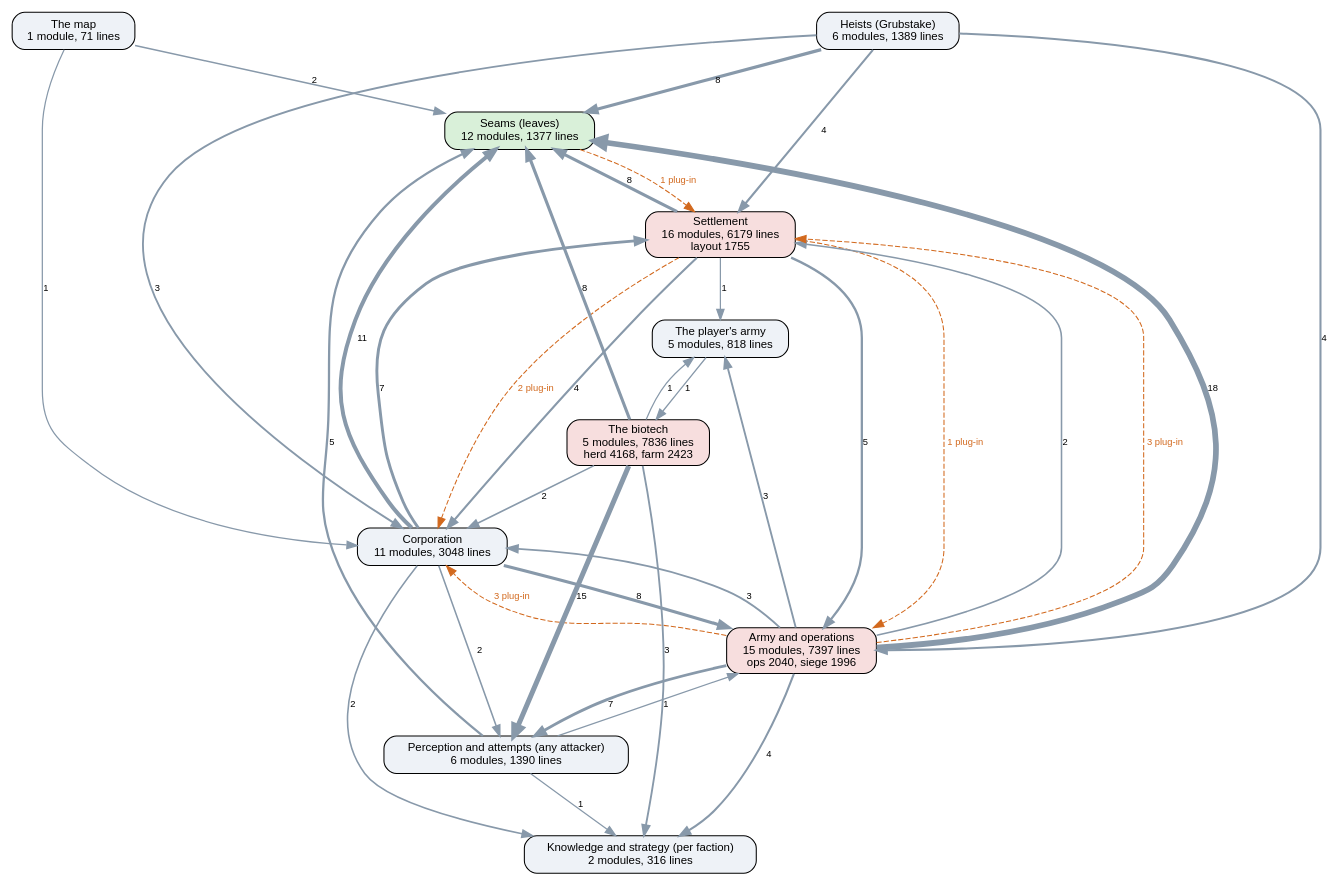
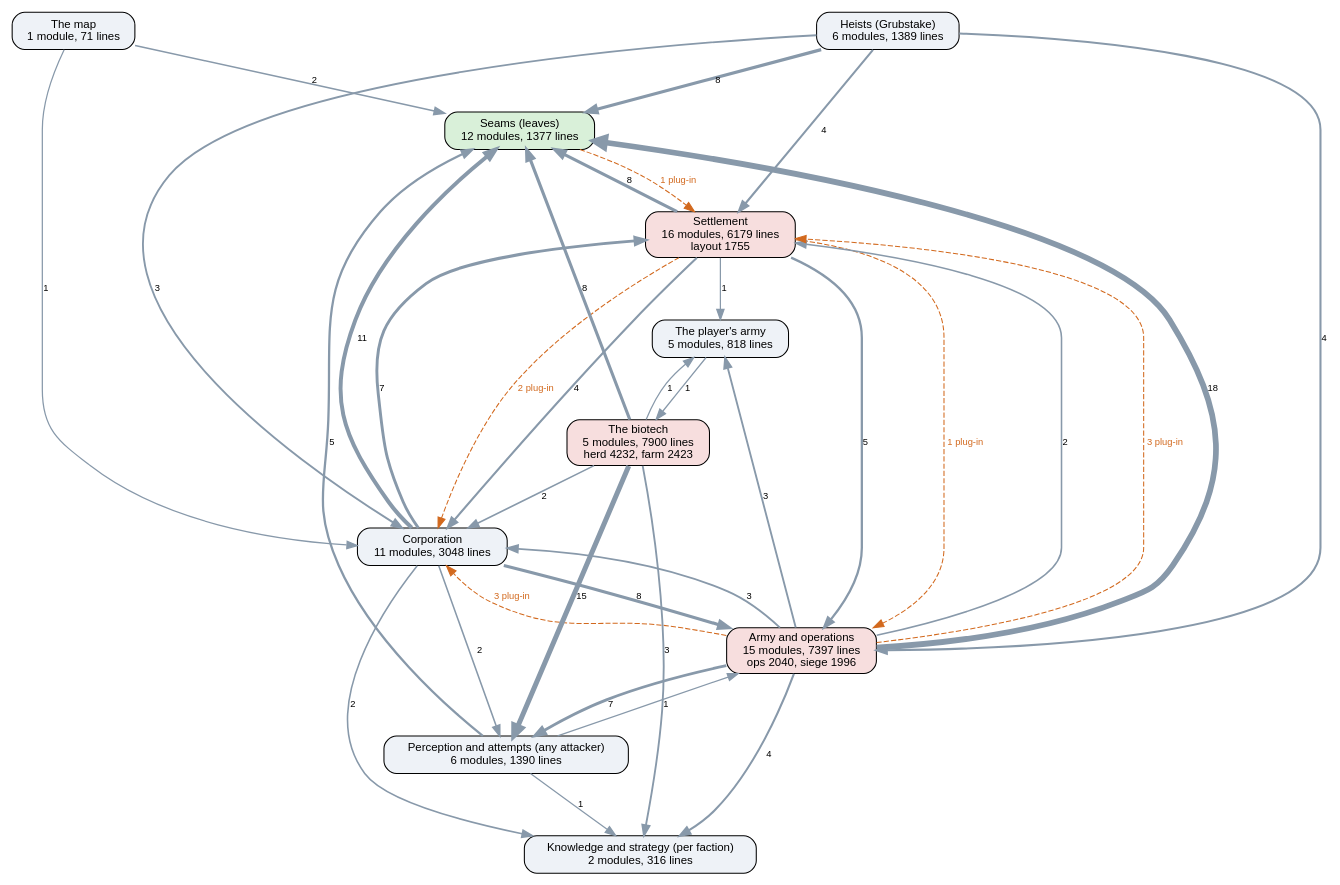
The diagram in docs/ai-layers.dot (kinelhu/landing-party), drawn with Graphviz before and after one commit. The commit also changed 11 other files, not shown here.

```diff
--- a/docs/ai-layers.dot
+++ b/docs/ai-layers.dot
@@ -1,50 +1,50 @@
 digraph layers {
   graph [rankdir=TB, fontname="Helvetica", nodesep=0.5, ranksep=0.7];
   node [shape=box, style="rounded,filled", fontname="Helvetica", fontsize=11, fillcolor="#eef2f7"];
   edge [color="#8899aa", fontname="Helvetica", fontsize=9];
   "Seams (leaves)" [label="Seams (leaves)\n12 modules, 1377 lines", fillcolor="#d9f0d9"];
   "Perception and attempts (any attacker)" [label="Perception and attempts (any attacker)\n6 modules, 1390 lines", fillcolor="#eef2f7"];
   "Knowledge and strategy (per faction)" [label="Knowledge and strategy (per faction)\n2 modules, 316 lines", fillcolor="#eef2f7"];
   "Corporation" [label="Corporation\n11 modules, 3048 lines", fillcolor="#eef2f7"];
   "Settlement" [label="Settlement\n16 modules, 6179 lines\nlayout 1755", fillcolor="#f7dede"];
   "Army and operations" [label="Army and operations\n15 modules, 7397 lines\nops 2040, siege 1996", fillcolor="#f7dede"];
   "Heists (Grubstake)" [label="Heists (Grubstake)\n6 modules, 1389 lines", fillcolor="#eef2f7"];
-  "The biotech" [label="The biotech\n5 modules, 7836 lines\nherd 4168, farm 2423", fillcolor="#f7dede"];
+  "The biotech" [label="The biotech\n5 modules, 7900 lines\nherd 4232, farm 2423", fillcolor="#f7dede"];
   "The map" [label="The map\n1 module, 71 lines", fillcolor="#eef2f7"];
   "The player's army" [label="The player's army\n5 modules, 818 lines", fillcolor="#eef2f7"];
   "Army and operations" -> "Corporation" [label="3", penwidth=1.8];
   "Army and operations" -> "Knowledge and strategy (per faction)" [label="4", penwidth=2.0];
   "Army and operations" -> "Perception and attempts (any attacker)" [label="7", penwidth=2.8];
   "Army and operations" -> "Seams (leaves)" [label="18", penwidth=5.5];
   "Army and operations" -> "Settlement" [label="2", penwidth=1.5];
   "Army and operations" -> "The player's army" [label="3", penwidth=1.8];
   "Corporation" -> "Army and operations" [label="8", penwidth=3.0];
   "Corporation" -> "Knowledge and strategy (per faction)" [label="2", penwidth=1.5];
   "Corporation" -> "Perception and attempts (any attacker)" [label="2", penwidth=1.5];
   "Corporation" -> "Seams (leaves)" [label="11", penwidth=3.8];
   "Corporation" -> "Settlement" [label="7", penwidth=2.8];
   "Heists (Grubstake)" -> "Army and operations" [label="4", penwidth=2.0];
   "Heists (Grubstake)" -> "Corporation" [label="3", penwidth=1.8];
   "Heists (Grubstake)" -> "Seams (leaves)" [label="8", penwidth=3.0];
   "Heists (Grubstake)" -> "Settlement" [label="4", penwidth=2.0];
   "Perception and attempts (any attacker)" -> "Army and operations" [label="1", penwidth=1.2];
   "Perception and attempts (any attacker)" -> "Knowledge and strategy (per faction)" [label="1", penwidth=1.2];
   "Perception and attempts (any attacker)" -> "Seams (leaves)" [label="5", penwidth=2.2];
   "Settlement" -> "Army and operations" [label="5", penwidth=2.2];
   "Settlement" -> "Corporation" [label="4", penwidth=2.0];
   "Settlement" -> "Seams (leaves)" [label="8", penwidth=3.0];
   "Settlement" -> "The player's army" [label="1", penwidth=1.2];
   "The biotech" -> "Corporation" [label="2", penwidth=1.5];
   "The biotech" -> "Knowledge and strategy (per faction)" [label="3", penwidth=1.8];
   "The biotech" -> "Perception and attempts (any attacker)" [label="15", penwidth=4.8];
   "The biotech" -> "Seams (leaves)" [label="8", penwidth=3.0];
   "The biotech" -> "The player's army" [label="1", penwidth=1.2];
   "The map" -> "Corporation" [label="1", penwidth=1.2];
   "The map" -> "Seams (leaves)" [label="2", penwidth=1.5];
   "The player's army" -> "The biotech" [label="1", penwidth=1.2];
   "Army and operations" -> "Corporation" [style=dashed, color="#d2691e", fontcolor="#d2691e", label="3 plug-in"];
   "Army and operations" -> "Settlement" [style=dashed, color="#d2691e", fontcolor="#d2691e", label="3 plug-in"];
   "Seams (leaves)" -> "Settlement" [style=dashed, color="#d2691e", fontcolor="#d2691e", label="1 plug-in"];
   "Settlement" -> "Army and operations" [style=dashed, color="#d2691e", fontcolor="#d2691e", label="1 plug-in"];
   "Settlement" -> "Corporation" [style=dashed, color="#d2691e", fontcolor="#d2691e", label="2 plug-in"];
 }
```
